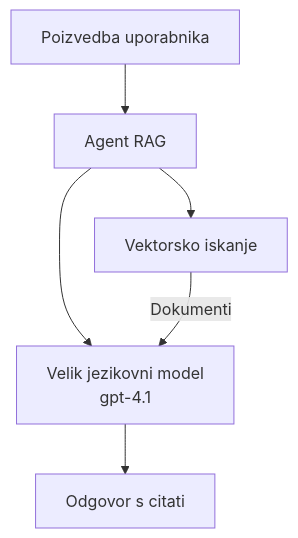
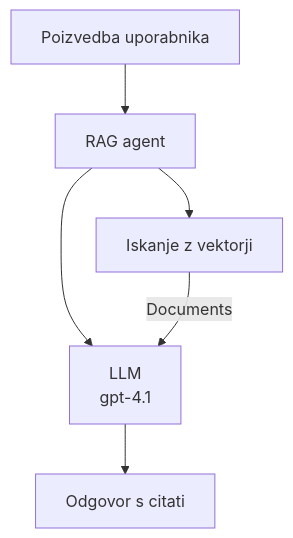
One commit to microsoft/AZD-for-beginners changed the second of 3 diagrams in translations/sl/docs/chapter-02-ai-development/agents.md. Above: the diagram before and after it, drawn with Mermaid. The commit also changed other lines of this file and 60 other files, not shown here.

````diff
--- a/translations/sl/docs/chapter-02-ai-development/agents.md
+++ b/translations/sl/docs/chapter-02-ai-development/agents.md
@@ -181,8 +181,8 @@
 ```mermaid
 graph TD
-    Query[Poizvedba uporabnika] --> RAG[Agent RAG]
-    RAG --> Vector[Vektorsko iskanje]
-    RAG --> LLM[Velik jezikovni model<br/>gpt-4.1]
-    Vector -- Dokumenti --> LLM
+    Query[Poizvedba uporabnika] --> RAG[RAG agent]
+    RAG --> Vector[Iskanje z vektorji]
+    RAG --> LLM[LLM<br/>gpt-4.1]
+    Vector -- Documents --> LLM
     LLM --> Response[Odgovor s citati]
 ```
````
